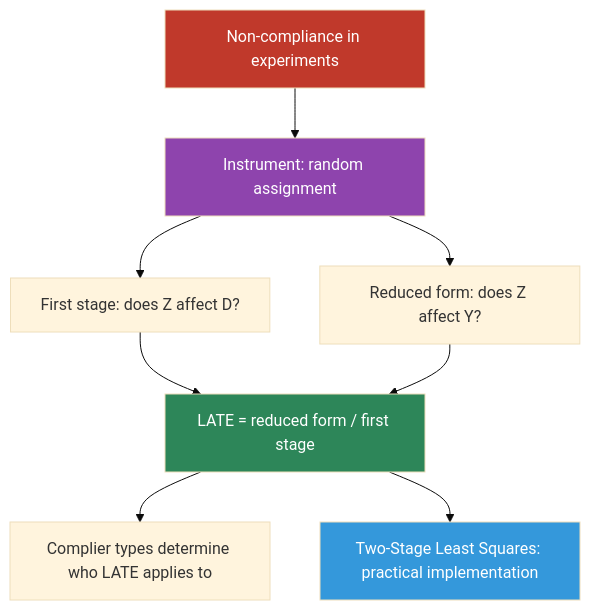
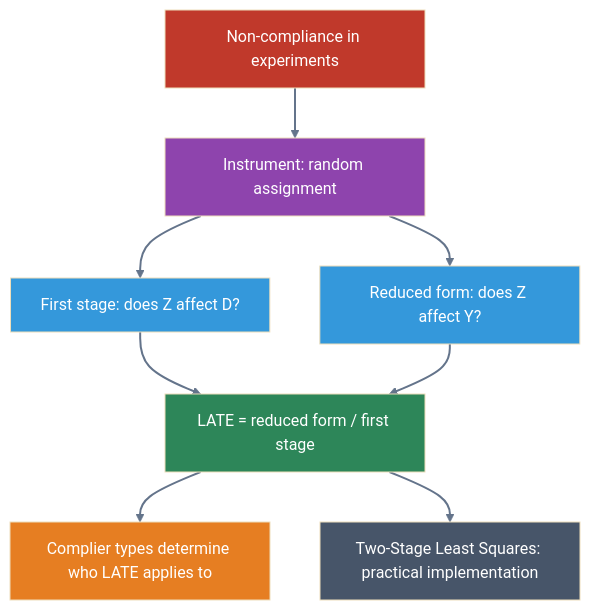
One commit to cmg777/intro2causal changed the third of 3 diagrams in notebooks_quarto/03-instrumental-variables.qmd. Above: the diagram before and after it, drawn with Mermaid (base theme). The commit also changed other lines of this file and 17 other files, not shown here.

````diff
--- a/notebooks_quarto/03-instrumental-variables.qmd
+++ b/notebooks_quarto/03-instrumental-variables.qmd
@@ -627,25 +618,29 @@
 ```{mermaid}
 %%| label: fig-concept-map
 %%| fig-cap: "How the key concepts of Chapter 3 connect"
 
 graph TD
     Q["Non-compliance in experiments"]
     Z["Instrument: random assignment"]
     FS["First stage: does Z affect D?"]
     RF["Reduced form: does Z affect Y?"]
     LATE["LATE = reduced form / first stage"]
     CT["Complier types determine who LATE applies to"]
     TSLS["Two-Stage Least Squares: practical implementation"]
 
     Q --> Z --> FS
     Z --> RF
     FS --> LATE
     RF --> LATE
     LATE --> CT
     LATE --> TSLS
 
     style Q fill:#c0392b,color:#fff
     style Z fill:#8e44ad,color:#fff
+    style FS fill:#3498db,color:#fff
+    style RF fill:#3498db,color:#fff
     style LATE fill:#2d8659,color:#fff
-    style TSLS fill:#3498db,color:#fff
+    style CT fill:#e67e22,color:#fff
+    style TSLS fill:#475569,color:#fff
+    linkStyle default stroke:#64748b,stroke-width:2px
 ```
````
